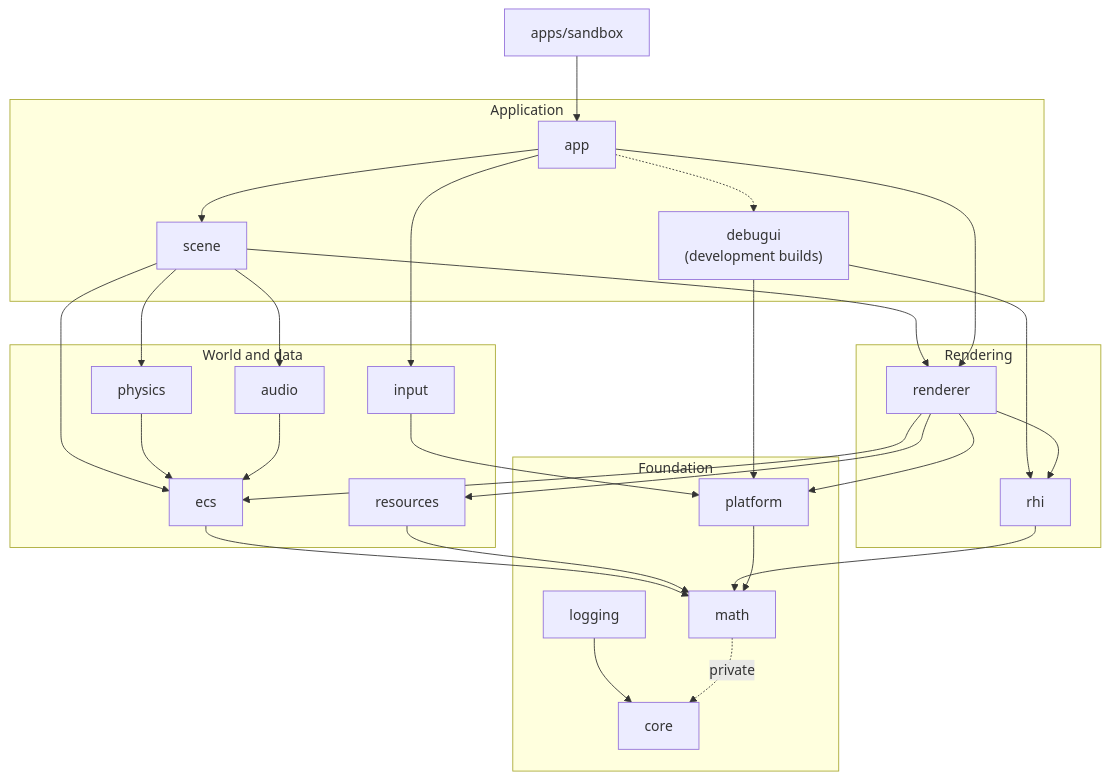
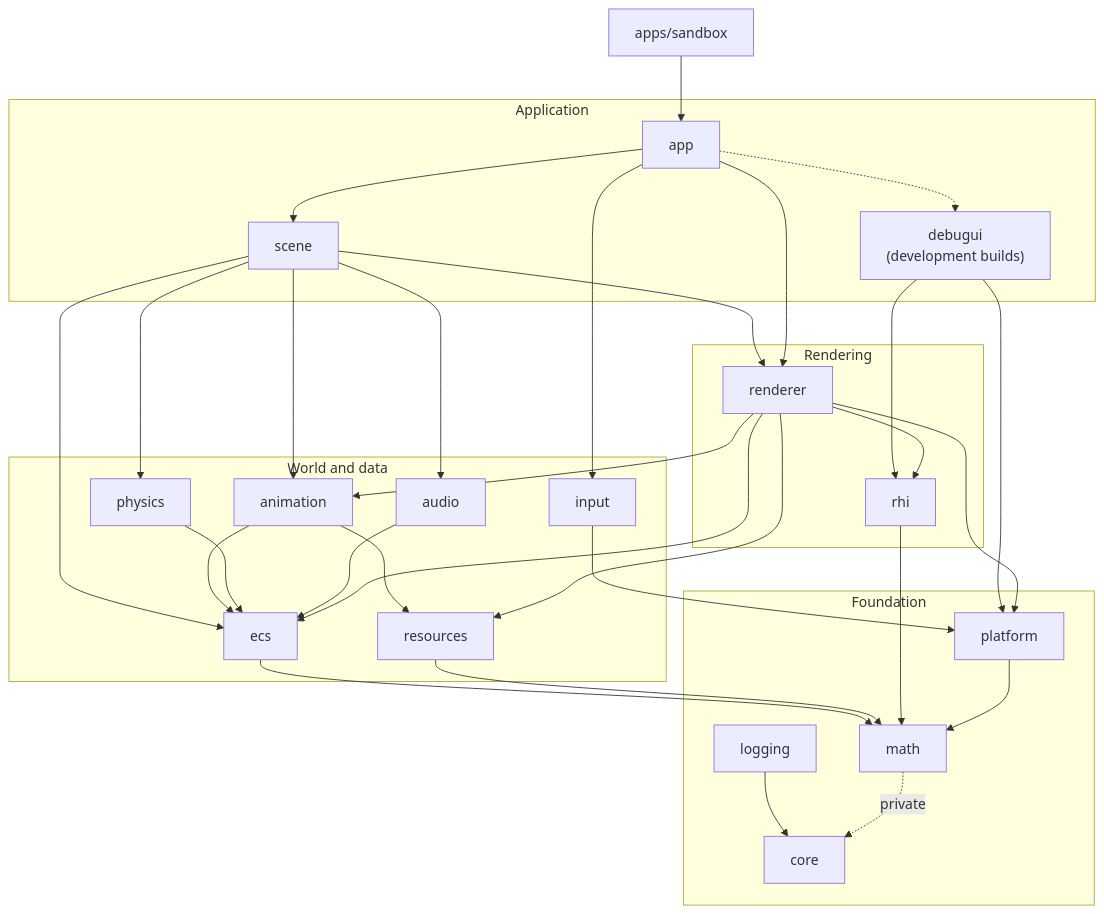
The first of 7 diagrams in docs/ARCHITECTURE.md (SBXdev3D/daidalos-engine-next), drawn with Mermaid before and after one commit. The commit also changed other lines of this file and 30 other files, not shown here.

````diff
--- a/docs/ARCHITECTURE.md
+++ b/docs/ARCHITECTURE.md
@@ -9,54 +9,59 @@
 ```mermaid
 flowchart TD
     sandbox["apps/sandbox"] --> app
 
     subgraph application [Application]
         app
         scene
         debugui["debugui<br/>(development builds)"]
     end
 
     subgraph rendering [Rendering]
         renderer
         rhi
     end
 
     subgraph world [World and data]
         physics
         audio
+        animation
         ecs
         resources
         input
     end
 
     subgraph foundation [Foundation]
         platform
         logging
         math
         core
     end
 
     app --> scene
     app --> input
     scene --> renderer
     scene --> ecs
     scene --> physics
     scene --> audio
+    scene --> animation
+    renderer --> animation
+    animation --> ecs
+    animation --> resources
     physics --> ecs
     audio --> ecs
     app -.-> debugui
     app --> renderer
     debugui --> rhi
     debugui --> platform
     renderer --> rhi
     renderer --> ecs
     renderer --> resources
     renderer --> platform
     input --> platform
     ecs --> math
     resources --> math
     rhi --> math
     platform --> math
     logging --> core
     math -. private .-> core
 ```
````
